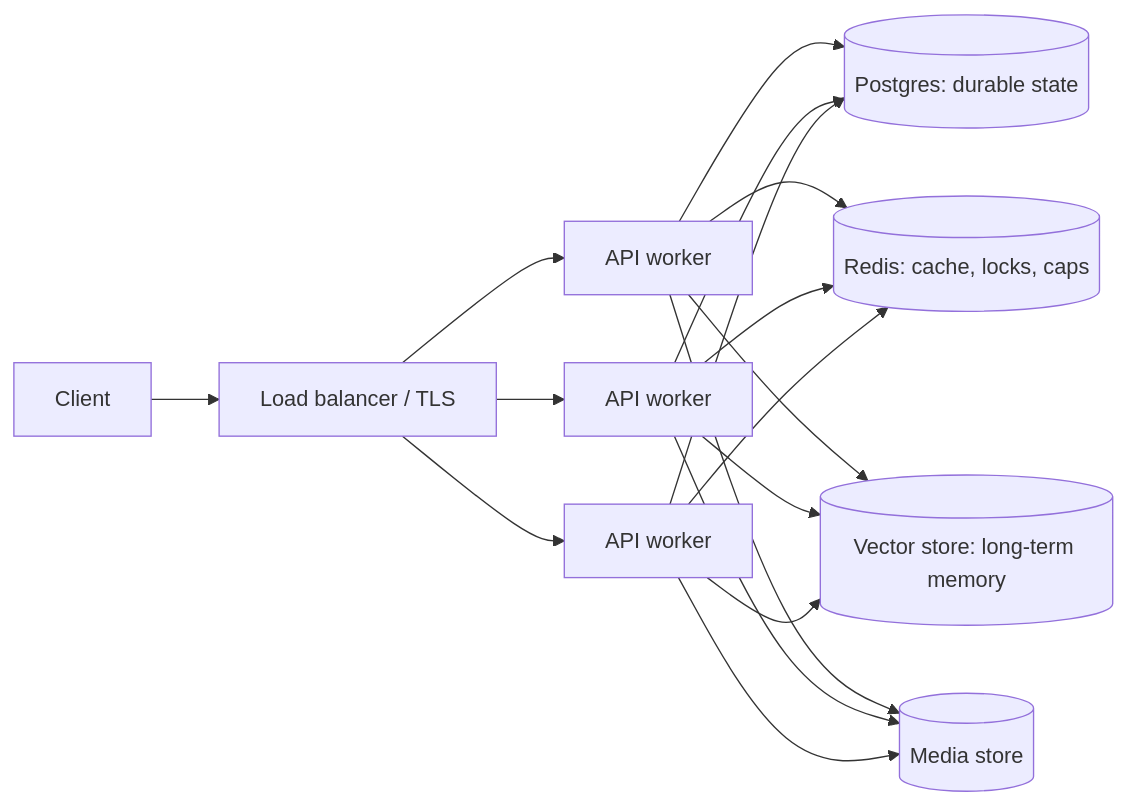
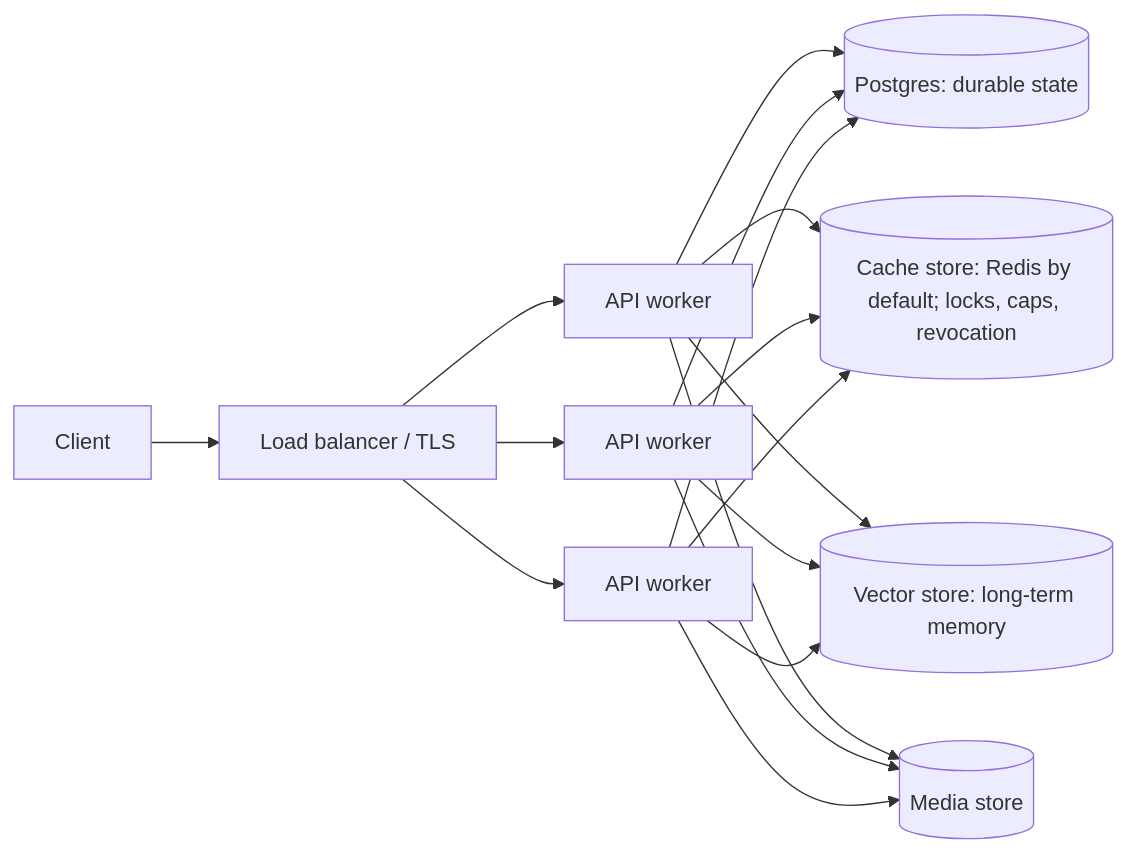
One commit to 10xGraph/10xgraph-docs changed the diagram in src/content/docs/production/architecture.md. Above: the diagram before and after it, drawn with Mermaid. The commit also changed other lines of this file and 57 other files, not shown here.

````diff
--- a/src/content/docs/production/architecture.md
+++ b/src/content/docs/production/architecture.md
@@ -21,11 +21,11 @@
 ```mermaid
 flowchart LR
   C[Client] --> LB[Load balancer / TLS]
   LB --> W1[API worker]
   LB --> W2[API worker]
   LB --> W3[API worker]
   W1 & W2 & W3 --> PG[(Postgres: durable state)]
-  W1 & W2 & W3 --> R[(Redis: cache, locks, caps)]
+  W1 & W2 & W3 --> R[(Cache store: Redis by default; locks, caps, revocation)]
   W1 & W2 & W3 --> V[(Vector store: long-term memory)]
   W1 & W2 & W3 --> M[(Media store)]
 ```
````
